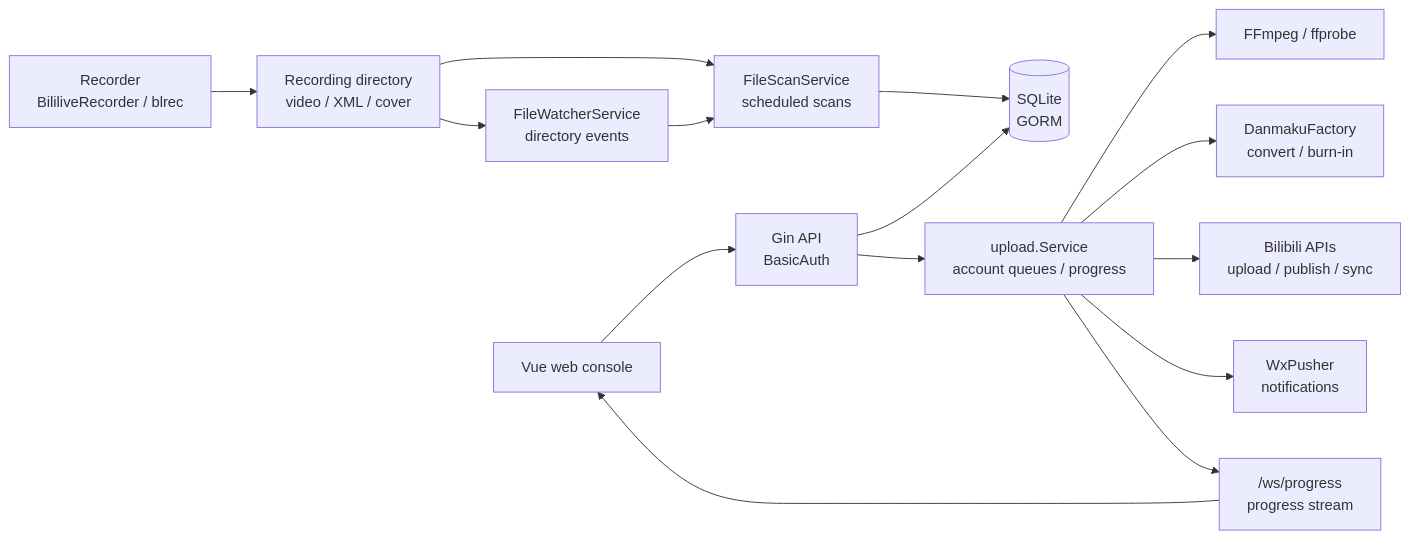
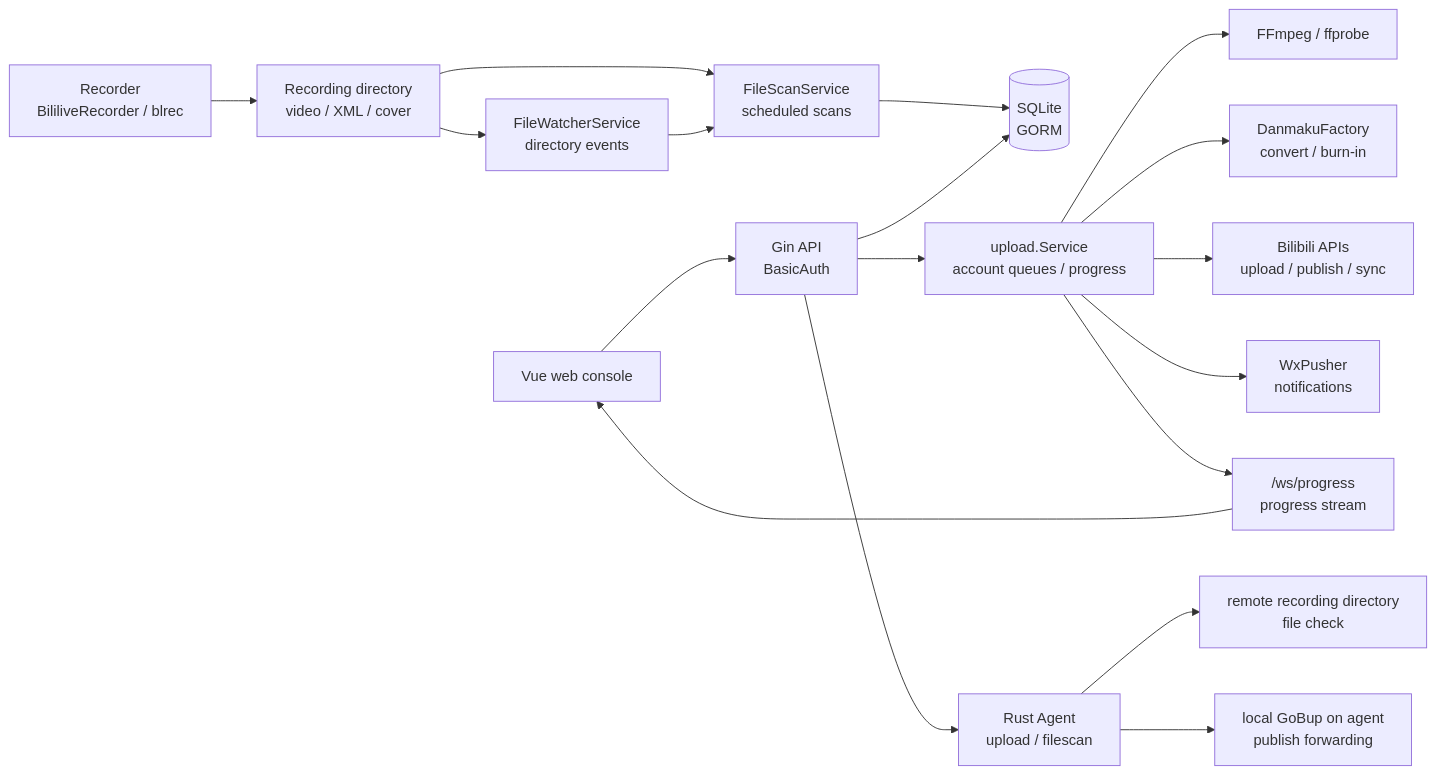
One commit to spiritLHLS/gobup changed the diagram in docs/architecture.en.md. Above: the diagram before and after it, drawn with Mermaid. The commit also changed other lines of this file and 36 other files, not shown here.

````diff
--- a/docs/architecture.en.md
+++ b/docs/architecture.en.md
@@ -18,17 +19,20 @@
 ```mermaid
 flowchart LR
     Recorder["Recorder<br/>BililiveRecorder / blrec"] --> Files["Recording directory<br/>video / XML / cover"]
     Files --> Watcher["FileWatcherService<br/>directory events"]
     Files --> Scanner["FileScanService<br/>scheduled scans"]
     Watcher --> Scanner
     Scanner --> DB[("SQLite<br/>GORM")]
     Web["Vue web console"] --> API["Gin API<br/>BasicAuth"]
     API --> DB
     API --> Queue["upload.Service<br/>account queues / progress"]
+    API --> Agent["Rust Agent<br/>upload / filescan"]
+    Agent --> RemoteFiles["remote recording directory<br/>file check"]
+    Agent --> LocalGoBup["local GoBup on agent<br/>publish forwarding"]
     Queue --> FFmpeg["FFmpeg / ffprobe"]
     Queue --> Danmaku["DanmakuFactory<br/>convert / burn-in"]
     Queue --> Bili["Bilibili APIs<br/>upload / publish / sync"]
     Queue --> Wx["WxPusher<br/>notifications"]
     Queue --> WS["/ws/progress<br/>progress stream"]
     WS --> Web
 ```
````
